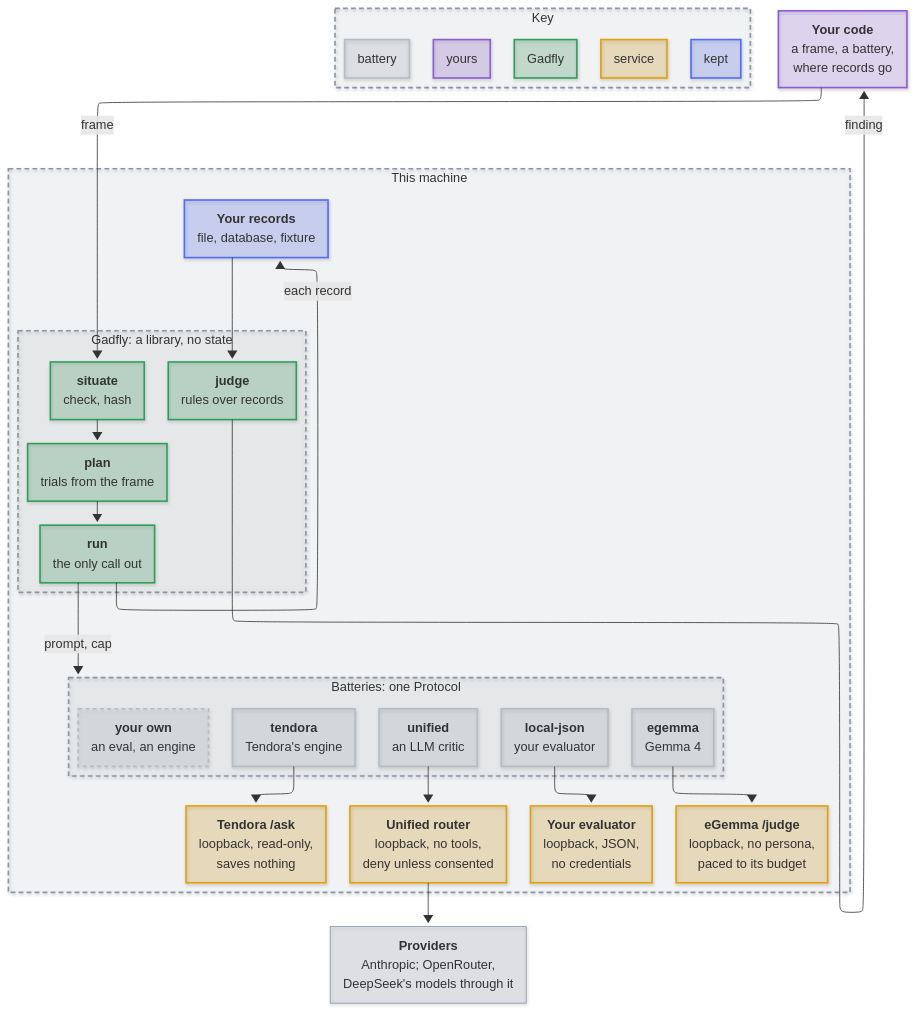
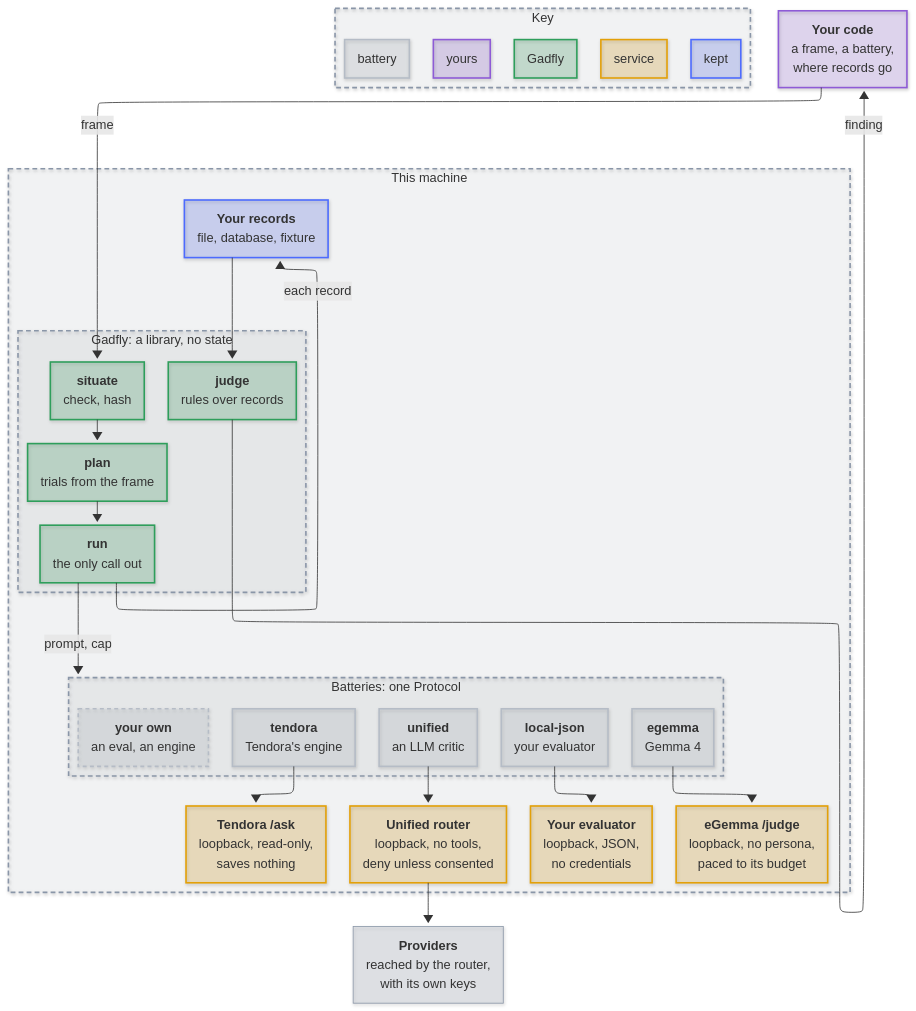
The diagram in docs/architecture.md (mirzahusadzic/gadfly), drawn with Mermaid before and after one commit. The commit also changed 6 other files, not shown here.

First line of the commit message:
docs: Gadfly speaks of the router, not the providers behind it

```diff
--- a/docs/architecture.md
+++ b/docs/architecture.md
@@ -71,7 +71,7 @@
         LE["<b>Your evaluator</b><br/>loopback, JSON,<br/>no credentials"]
         TS["<b>Tendora /ask</b><br/>loopback, read-only,<br/>saves nothing"]
     end
-    PV["<b>Providers</b><br/>Anthropic; OpenRouter,<br/>DeepSeek's models through it"]
+    PV["<b>Providers</b><br/>reached by the router,<br/>with its own keys"]
     subgraph K["Key"]
         K1["yours"]
         K2["Gadfly"]
```
